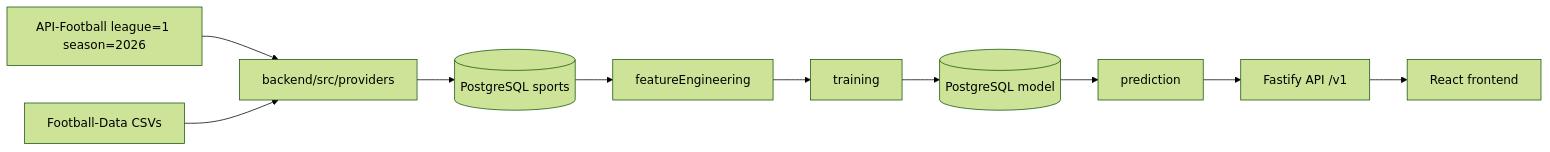
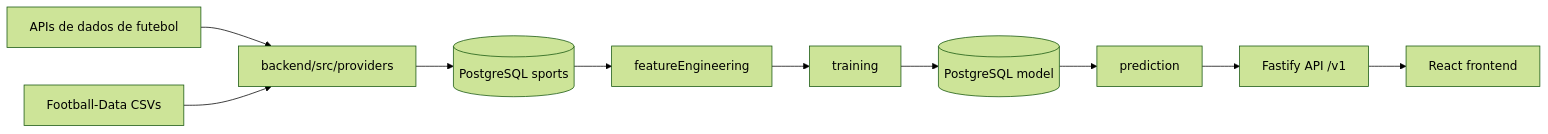
Before and after one commit to ZanonDeAndrade/analiseEsportiva: the diagram in docs/arquitetura.md, drawn with Mermaid (forest theme). The commit also changed other lines of this file and 208 other files, not shown here.

````diff
--- a/docs/arquitetura.md
+++ b/docs/arquitetura.md
@@ -5,12 +5,12 @@
 ```mermaid
 flowchart LR
-  A["API-Football league=1 season=2026"] --> B["backend/src/providers"]
+  A["APIs de dados de futebol"] --> B["backend/src/providers"]
   C["Football-Data CSVs"] --> B
   B --> D[("PostgreSQL sports")]
   D --> E["featureEngineering"]
   E --> F["training"]
   F --> G[("PostgreSQL model")]
   G --> H["prediction"]
   H --> I["Fastify API /v1"]
   I --> J["React frontend"]
 ```
````
